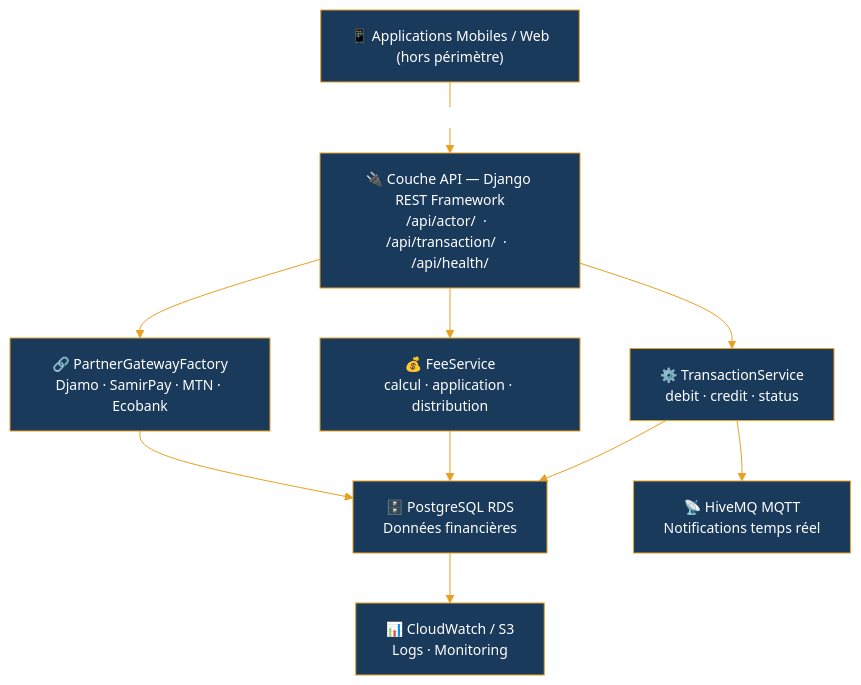
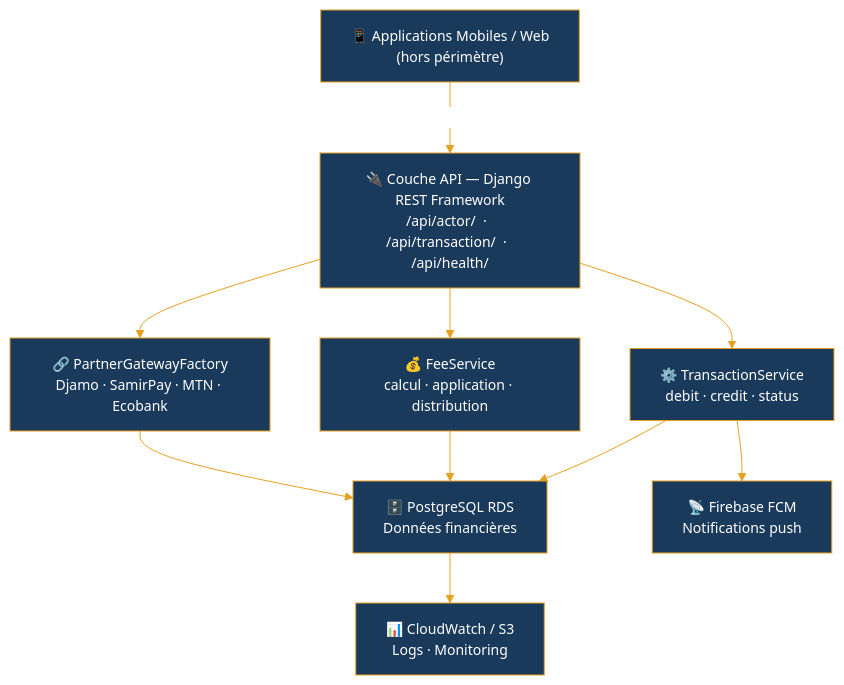
Before and after one commit to deSully/pliz-backend: the diagram in docs/diagrams/02_architecture_couches.mmd, drawn with Mermaid. The commit also changed 14 other files, not shown here.

```diff
--- a/docs/diagrams/02_architecture_couches.mmd
+++ b/docs/diagrams/02_architecture_couches.mmd
@@ -1,33 +1,33 @@
 %%{init: {
   'theme': 'base',
   'themeVariables': {
     'primaryColor':        '#1a3a5c',
     'primaryTextColor':    '#ffffff',
     'primaryBorderColor':  '#e8a020',
     'lineColor':           '#e8a020',
     'secondaryColor':      '#0d2137',
     'tertiaryColor':       '#f0f7ff',
     'edgeLabelBackground': '#ffffff',
     'fontFamily':          'Segoe UI, Helvetica Neue, Arial, sans-serif',
     'fontSize':            '14px'
   }
 }}%%
 graph TD
     A["📱 Applications Mobiles / Web\n(hors périmètre)"]
     B["🔌 Couche API — Django REST Framework\n/api/actor/  ·  /api/transaction/  ·  /api/health/"]
     C1["⚙️ TransactionService\ndebit · credit · status"]
     C2["💰 FeeService\ncalcul · application · distribution"]
     C3["🔗 PartnerGatewayFactory\nDjamo · SamirPay · MTN · Ecobank"]
     D1["🗄️ PostgreSQL RDS\nDonnées financières"]
-    D2["📡 HiveMQ MQTT\nNotifications temps réel"]
+    D2["📡 Firebase FCM\nNotifications push"]
     D3["📊 CloudWatch / S3\nLogs · Monitoring"]
 
     A -->|"HTTPS — REST"| B
     B --> C1
     B --> C2
     B --> C3
     C1 --> D1
     C2 --> D1
     C3 --> D1
     C1 --> D2
     D1 --> D3
```
